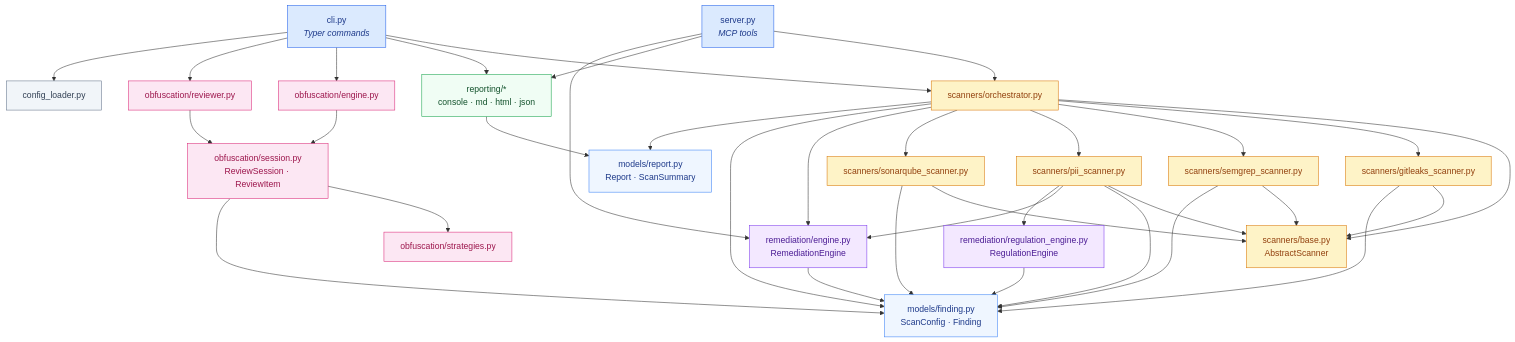
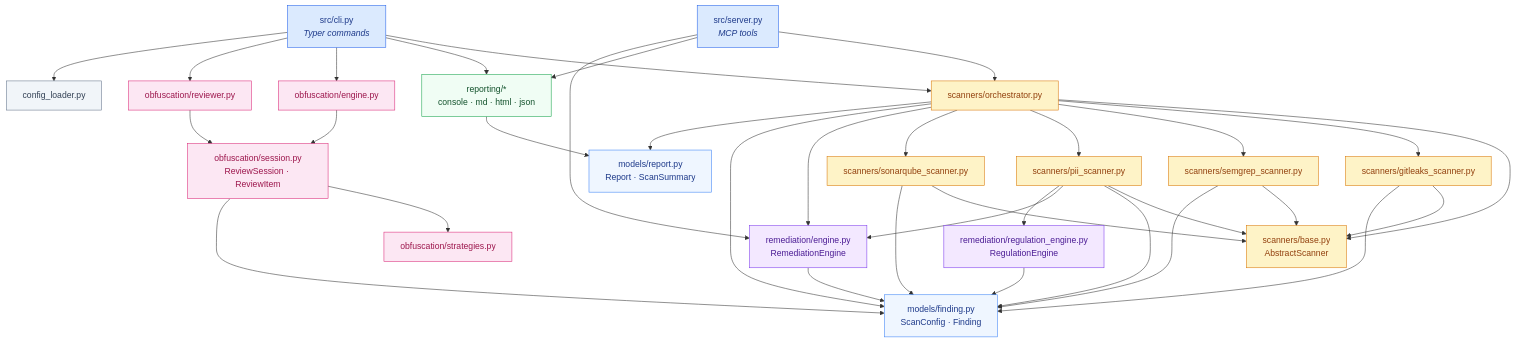
One commit to DEFRA/lap-pii-screener changed the first of 10 diagrams in docs/design/LOW-LEVEL-DESIGN.md. Above: the diagram before and after it, drawn with Mermaid. The commit also changed other lines of this file and 25 other files, not shown here.

````diff
--- a/docs/design/LOW-LEVEL-DESIGN.md
+++ b/docs/design/LOW-LEVEL-DESIGN.md
@@ -31,81 +31,81 @@
 ```mermaid
 flowchart TD
-    CLI["cli.py<br/><i>Typer commands</i>"]
-    SRV["server.py<br/><i>MCP tools</i>"]
+    CLI["src/cli.py<br/><i>Typer commands</i>"]
+    SRV["src/server.py<br/><i>MCP tools</i>"]
 
     ORCH["scanners/orchestrator.py"]
     BASE["scanners/base.py<br/>AbstractScanner"]
     GL["scanners/gitleaks_scanner.py"]
     SG["scanners/semgrep_scanner.py"]
     PII["scanners/pii_scanner.py"]
     SQ["scanners/sonarqube_scanner.py"]
 
     REM["remediation/engine.py<br/>RemediationEngine"]
     REG["remediation/regulation_engine.py<br/>RegulationEngine"]
 
     MF["models/finding.py<br/>ScanConfig · Finding"]
     MR["models/report.py<br/>Report · ScanSummary"]
 
     REP["reporting/*<br/>console · md · html · json"]
 
     OBF["obfuscation/engine.py"]
     OSESS["obfuscation/session.py<br/>ReviewSession · ReviewItem"]
     OSTRAT["obfuscation/strategies.py"]
     OREV["obfuscation/reviewer.py"]
 
     CFG["config_loader.py"]
 
     CLI --> ORCH
     CLI --> REP
     CLI --> OBF
     CLI --> OREV
     CLI --> CFG
     SRV --> ORCH
     SRV --> REP
     SRV --> REM
 
     ORCH --> BASE
     ORCH --> GL
     ORCH --> SG
     ORCH --> PII
     ORCH --> SQ
     ORCH --> REM
     ORCH --> MF
     ORCH --> MR
 
     GL --> BASE
     SG --> BASE
     PII --> BASE
     SQ --> BASE
     GL --> MF
     SG --> MF
     PII --> MF
     SQ --> MF
     PII --> REM
     PII --> REG
 
     REM --> MF
     REG --> MF
     REP --> MR
 
     OBF --> OSESS
     OSESS --> OSTRAT
     OSESS --> MF
     OREV --> OSESS
 
     classDef entry fill:#DBEAFE,stroke:#2563EB,color:#1E3A8A
     classDef scan fill:#FEF3C7,stroke:#D97706,color:#92400E
     classDef model fill:#EFF6FF,stroke:#3B82F6,color:#1E3A8A
     classDef eng fill:#F3E8FF,stroke:#7C3AED,color:#4C1D95
     classDef rep fill:#F0FDF4,stroke:#16A34A,color:#14532D
     classDef obf fill:#FCE7F3,stroke:#DB2777,color:#9D174D
     classDef misc fill:#F1F5F9,stroke:#64748B,color:#334155
 
     class CLI,SRV entry
     class ORCH,BASE,GL,SG,PII,SQ scan
     class MF,MR model
     class REM,REG eng
     class REP rep
     class OBF,OSESS,OSTRAT,OREV obf
     class CFG misc
 ```
````
